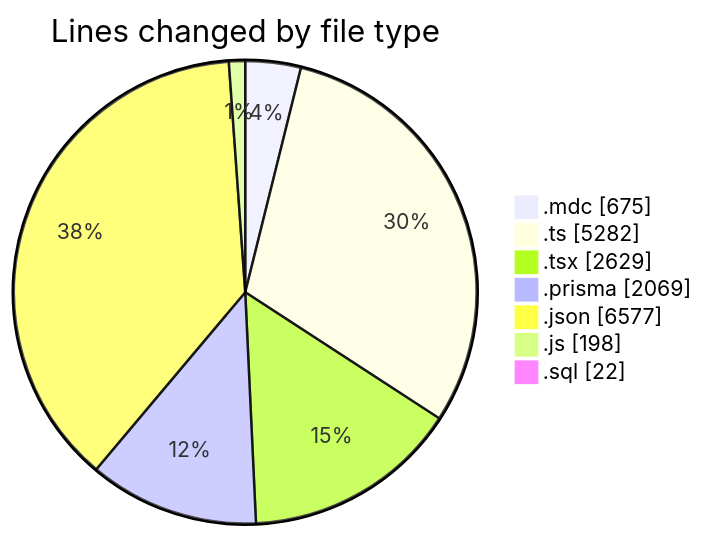
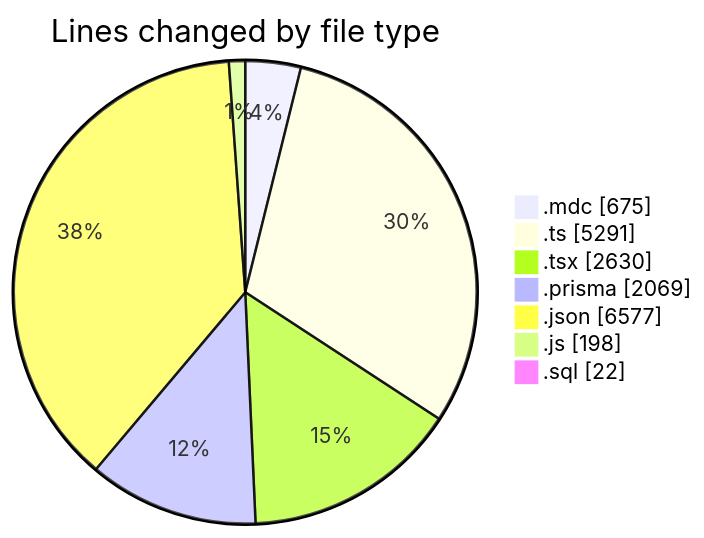
One commit to CELIANVF/code-tracking changed the first of 2 diagrams in 2025-06-05/ecodeli-1/README.md. Above: the diagram before and after it, drawn with Mermaid. The commit also changed other lines of this file and 1 other file, not shown here.

````diff
--- a/2025-06-05/ecodeli-1/README.md
+++ b/2025-06-05/ecodeli-1/README.md
@@ -48,11 +48,11 @@
 ```mermaid
 pie showData
 title Lines changed by file type
 ".mdc" : 675
-".ts" : 5282
-".tsx" : 2629
+".ts" : 5291
+".tsx" : 2630
 ".prisma" : 2069
 ".json" : 6577
 ".js" : 198
 ".sql" : 22
 ```
````
